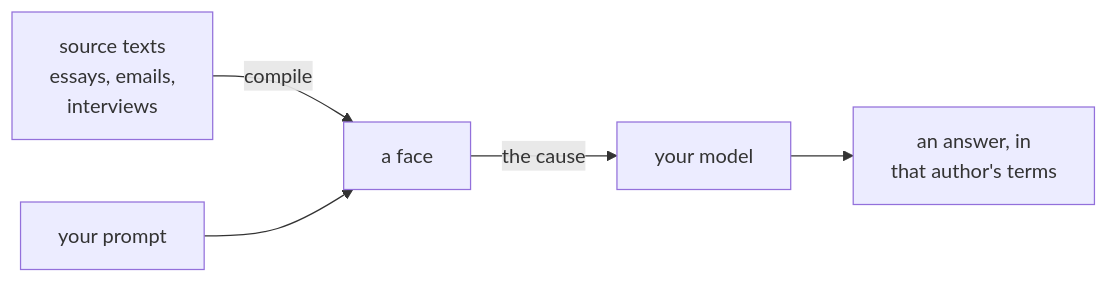
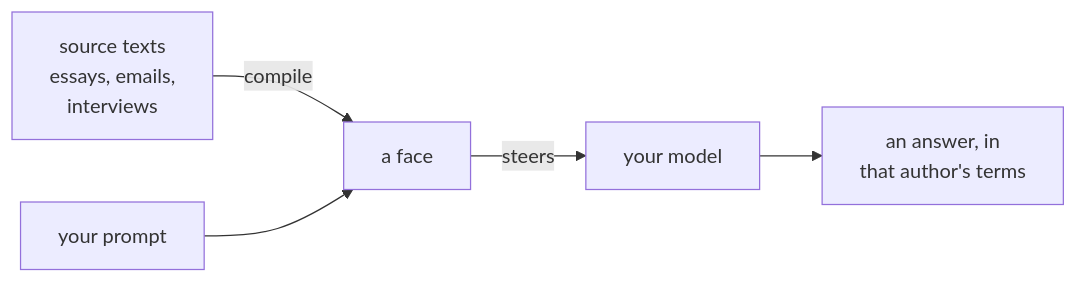
Before and after one commit to faces-sh/docs: the diagram in introduction.mdx, drawn with Mermaid. The commit also changed other lines of this file and 23 other files, not shown here.

````diff
--- a/introduction.mdx
+++ b/introduction.mdx
@@ -16,7 +16,7 @@
 ```mermaid actions={true} theme={null}
 flowchart LR
     texts["source texts<br/>essays, emails,<br/>interviews"] -- "compile" --> face
     prompt["your prompt"] --> face["a face"]
-    face -- "the cause" --> model["your model"]
+    face -- "steers" --> model["your model"]
     model --> answer["an answer, in<br/>that author's terms"]
 ```
````
